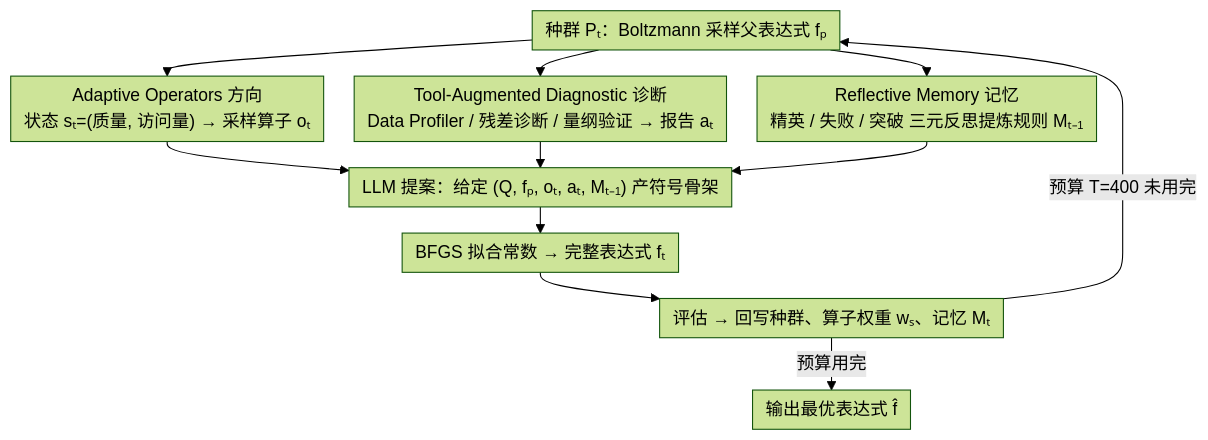
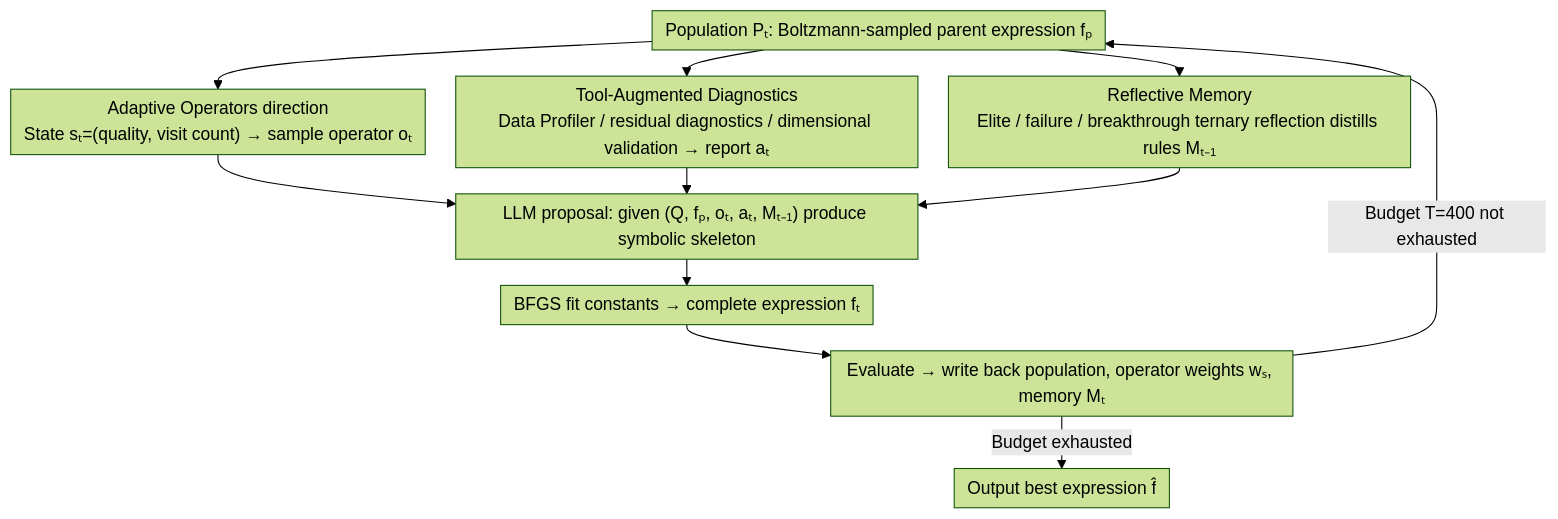
One commit to zhaoyang97/Paper-Notes-en changed the diagram in docs/ICML2026/llm_reasoning/deliberate_evolution_agentic_reasoning_for_sample-efficient_symbolic_regression_.md. Above: the diagram before and after it, drawn with Mermaid (forest theme). The commit also changed 644 other files, not shown here.

````diff
--- a/docs/ICML2026/llm_reasoning/deliberate_evolution_agentic_reasoning_for_sample-efficient_symbolic_regression_.md
+++ b/docs/ICML2026/llm_reasoning/deliberate_evolution_agentic_reasoning_for_sample-efficient_symbolic_regression_.md
@@ -51,14 +51,14 @@
 ```mermaid
 %%{init: {'flowchart': {'rankSpacing': 24, 'nodeSpacing': 28, 'padding': 6, 'wrappingWidth': 400}}}%%
 flowchart TD
-    A["种群 Pₜ：Boltzmann 采样父表达式 fₚ"] --> B["Adaptive Operators 方向<br/>状态 sₜ=(质量, 访问量) → 采样算子 oₜ"]
-    A --> C["Tool-Augmented Diagnostic 诊断<br/>Data Profiler / 残差诊断 / 量纲验证 → 报告 aₜ"]
-    A --> D["Reflective Memory 记忆<br/>精英 / 失败 / 突破 三元反思提炼规则 Mₜ₋₁"]
-    B --> E["LLM 提案：给定 (Q, fₚ, oₜ, aₜ, Mₜ₋₁) 产符号骨架"]
+    A["Population Pₜ: Boltzmann-sampled parent expression fₚ"] --> B["Adaptive Operators direction<br/>State sₜ=(quality, visit count) → sample operator oₜ"]
+    A --> C["Tool-Augmented Diagnostics<br/>Data Profiler / residual diagnostics / dimensional validation → report aₜ"]
+    A --> D["Reflective Memory<br/>Elite / failure / breakthrough ternary reflection distills rules Mₜ₋₁"]
+    B --> E["LLM proposal: given (Q, fₚ, oₜ, aₜ, Mₜ₋₁) produce symbolic skeleton"]
     C --> E
     D --> E
-    E --> F["BFGS 拟合常数 → 完整表达式 fₜ"]
-    F --> G["评估 → 回写种群、算子权重 wₛ、记忆 Mₜ"]
-    G -->|预算 T=400 未用完| A
-    G -->|预算用完| H["输出最优表达式 f̂"]
+    E --> F["BFGS fit constants → complete expression fₜ"]
+    F --> G["Evaluate → write back population, operator weights wₛ, memory Mₜ"]
+    G -->|Budget T=400 not exhausted| A
+    G -->|Budget exhausted| H["Output best expression f̂"]
 ```
````
